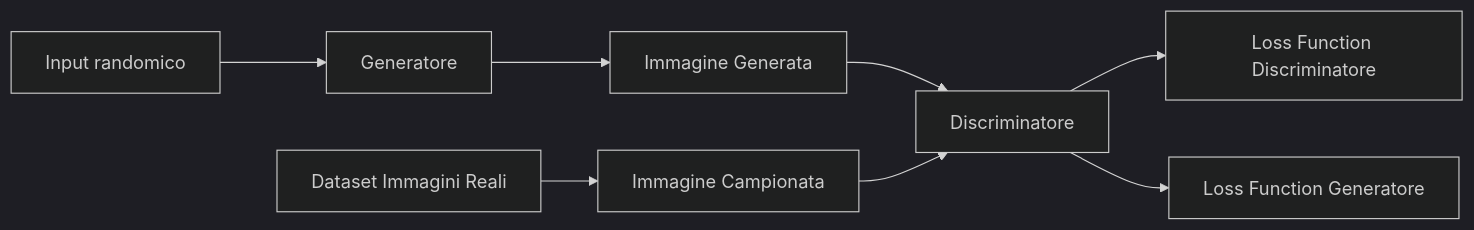
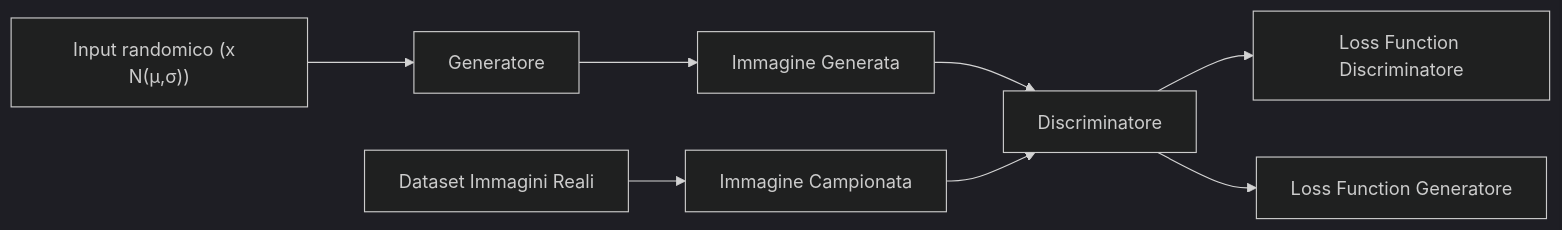
The diagram in README.md (MassimilianoT/GAN-StudyOfArchitectures), drawn with Mermaid (dark theme) before and after one commit. The commit also changed other lines of this file, not shown here.

````diff
--- a/README.md
+++ b/README.md
@@ -89,19 +91,19 @@
 ```mermaid
 graph LR
-A[Input randomico]
+A["Input randomico (x  N(µ,σ))"]
 B[Generatore]
 C[Immagine Generata]
 D[Dataset Immagini Reali]
 E[Immagine Campionata]
 F[Discriminatore]
 G[Loss Function Discriminatore]
 H[Loss Function Generatore]
 
 A --> B
 B --> C
 D --> E
 C --> F
 E --> F
 F --> G
 F --> H
 ```
````
